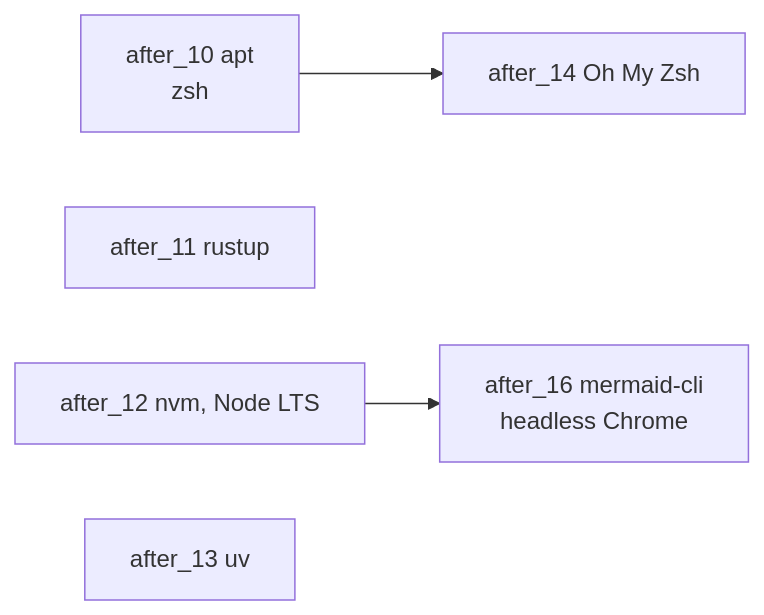
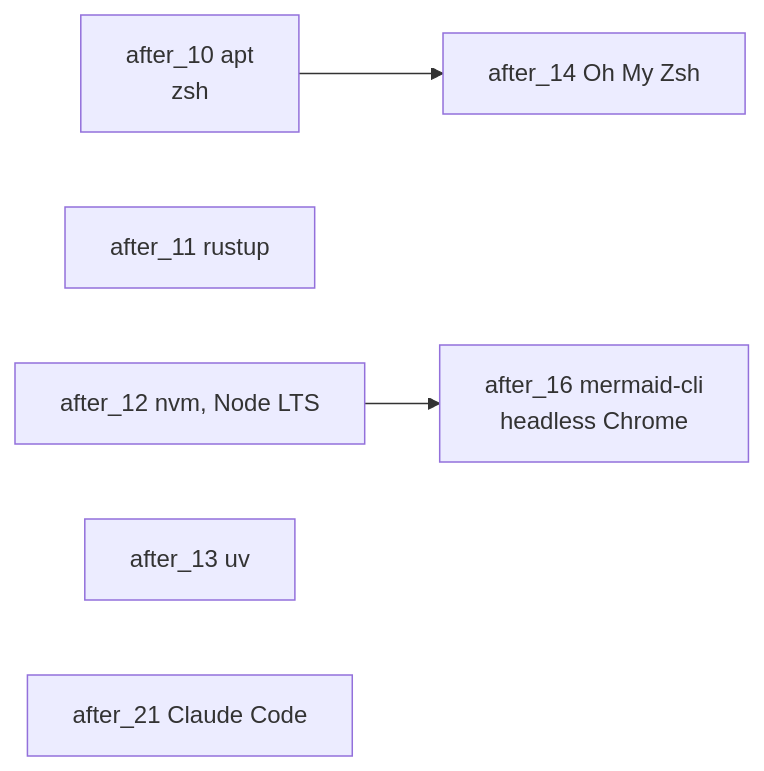
Before and after one commit to jvspeed74/dotfiles: the seventh of 11 diagrams in ARCHITECTURE.md, drawn with Mermaid. The commit also changed other lines of this file and 3 other files, not shown here.

First line of the commit message:
Document the Claude Code install and managed ~/.claude files

````diff
--- a/ARCHITECTURE.md
+++ b/ARCHITECTURE.md
@@ -228,7 +240,8 @@
 ```mermaid
 flowchart LR
     A10["after_10 apt<br/>zsh"] --> A14["after_14 Oh My Zsh"]
     A11["after_11 rustup"]
     A12["after_12 nvm, Node LTS"] --> A16["after_16 mermaid-cli<br/>headless Chrome"]
     A13["after_13 uv"]
+    A21["after_21 Claude Code"]
 ```
````
